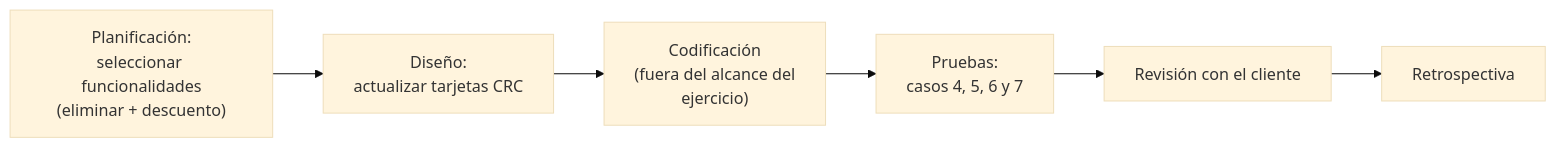
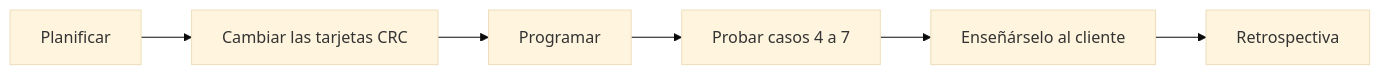
The third of 3 diagrams in 0102.md (raulmoder2000-droid/CD_Tema2_Ejercicios), drawn with Mermaid (base theme) before and after one commit. The commit also changed other lines of this file, not shown here.

````diff
--- a/0102.md
+++ b/0102.md
@@ -88,8 +84,4 @@
 ```mermaid
 flowchart LR
-    A["Planificación:<br>seleccionar funcionalidades<br>(eliminar + descuento)"] --> B["Diseño:<br>actualizar tarjetas CRC"]
-    B --> C["Codificación<br>(fuera del alcance del<br>ejercicio)"]
-    C --> D["Pruebas:<br>casos 4, 5, 6 y 7"]
-    D --> E[Revisión con el cliente]
-    E --> F[Retrospectiva]
+    A[Planificar] --> B[Cambiar las tarjetas CRC] --> C[Programar] --> D[Probar casos 4 a 7] --> E[Enseñárselo al cliente] --> F[Retrospectiva]
 ```
````
